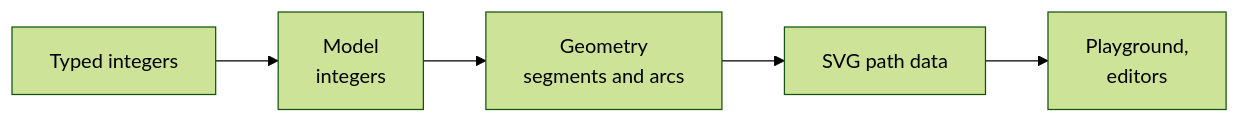
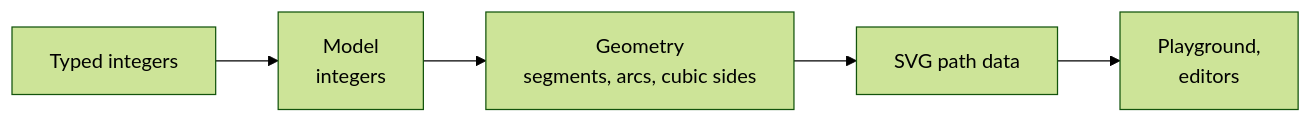
The diagram in README.md (AlexandreGallais/synoptic-studio), drawn with Mermaid (forest theme) before and after one commit. The commit also changed other lines of this file and 11 other files, not shown here.

````diff
--- a/README.md
+++ b/README.md
@@ -24,7 +17,7 @@
 ```mermaid
 flowchart LR
   I[Typed integers] --> M[Model<br/>integers]
-  M --> G[Geometry<br/>segments and arcs]
+  M --> G[Geometry<br/>segments, arcs, cubic sides]
   G --> S[SVG path data]
   S --> P[Playground,<br/>editors]
 ```
````
